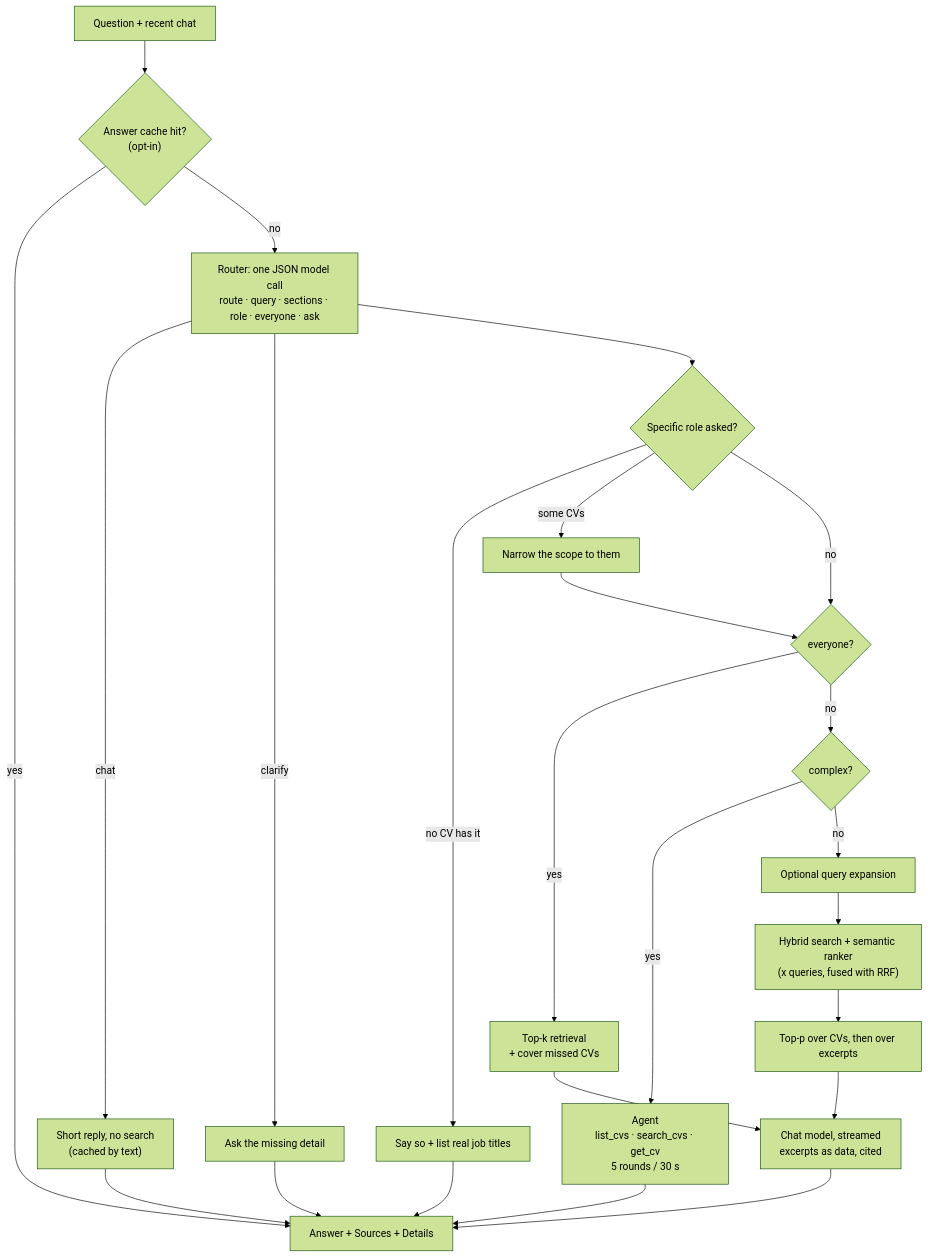
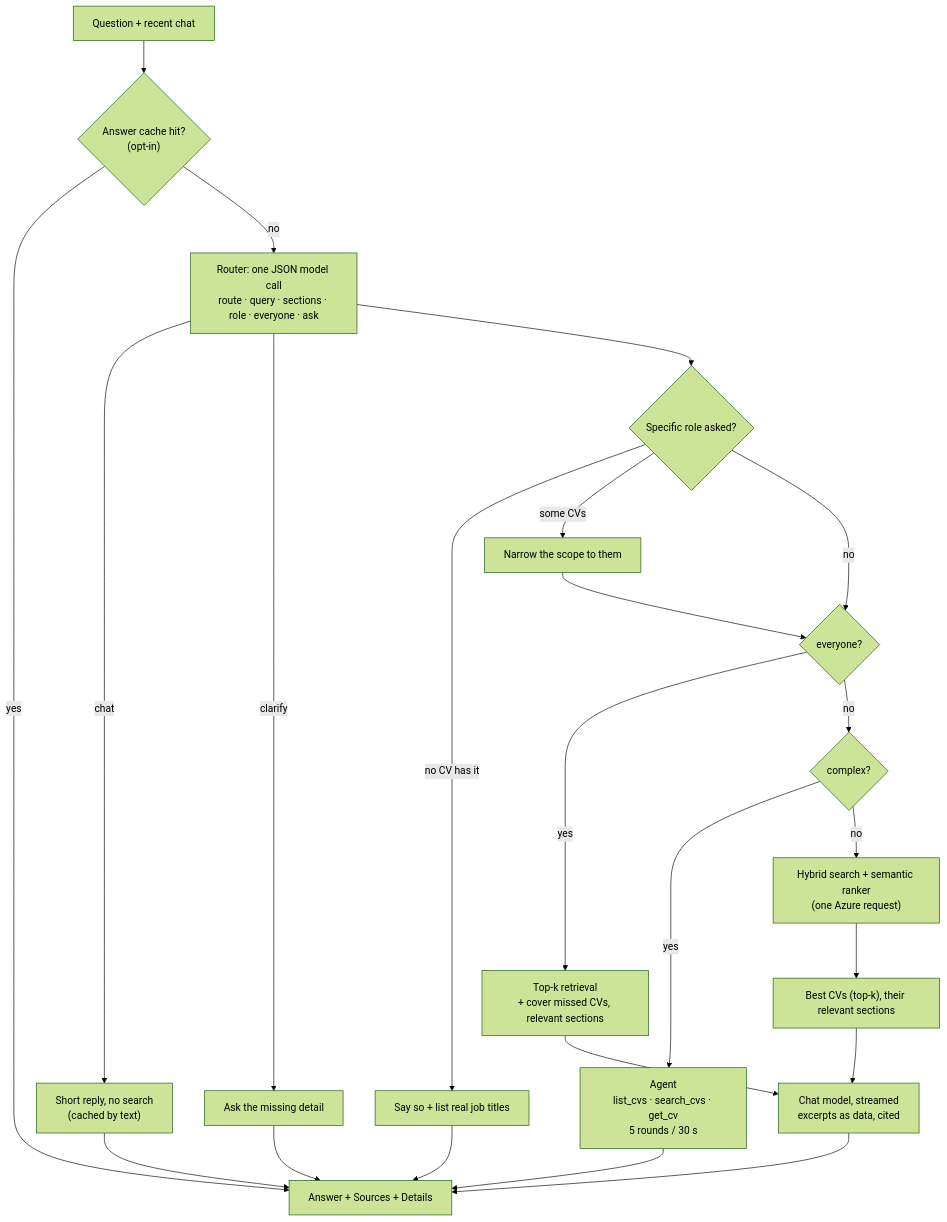
One commit to sherif2004/chat-with-cv changed the third of 3 diagrams in README.md. Above: the diagram before and after it, drawn with Mermaid (forest theme). The commit also changed other lines of this file and 14 other files, not shown here.

First line of the commit message:
Read only the sections a question needs, drop query expansion, keep sources small

````diff
--- a/README.md
+++ b/README.md
@@ -165,29 +165,28 @@
 ```mermaid
 flowchart TD
     Q["Question + recent chat"] --> AC{"Answer cache hit?<br/>(opt-in)"}
     AC -- yes --> OUT
     AC -- no --> R["Router: one JSON model call<br/>route · query · sections · role · everyone · ask"]
 
     R -- chat --> CH["Short reply, no search<br/>(cached by text)"]
     R -- clarify --> CL["Ask the missing detail"]
     R --> RO{"Specific role asked?"}
     RO -- "no CV has it" --> RM["Say so + list real job titles"]
     RO -- "some CVs" --> SC["Narrow the scope to them"]
     RO -- no --> EV
     SC --> EV{"everyone?"}
 
-    EV -- yes --> TK["Top-k retrieval<br/>+ cover missed CVs"]
+    EV -- yes --> TK["Top-k retrieval<br/>+ cover missed CVs, relevant sections"]
     EV -- no --> CX{"complex?"}
     CX -- yes --> AG["Agent<br/>list_cvs · search_cvs · get_cv<br/>5 rounds / 30 s"]
-    CX -- no --> XP["Optional query expansion"]
-    XP --> HS["Hybrid search + semantic ranker<br/>(x queries, fused with RRF)"]
-    HS --> TP["Top-p over CVs, then over excerpts"]
+    CX -- no --> HS["Hybrid search + semantic ranker<br/>(one Azure request)"]
+    HS --> TP["Best CVs (top-k), their relevant sections"]
 
     TK --> GEN
     TP --> GEN["Chat model, streamed<br/>excerpts as data, cited"]
     AG --> OUT
     GEN --> OUT["Answer + Sources + Details"]
     CH --> OUT
     CL --> OUT
     RM --> OUT
 ```
````
